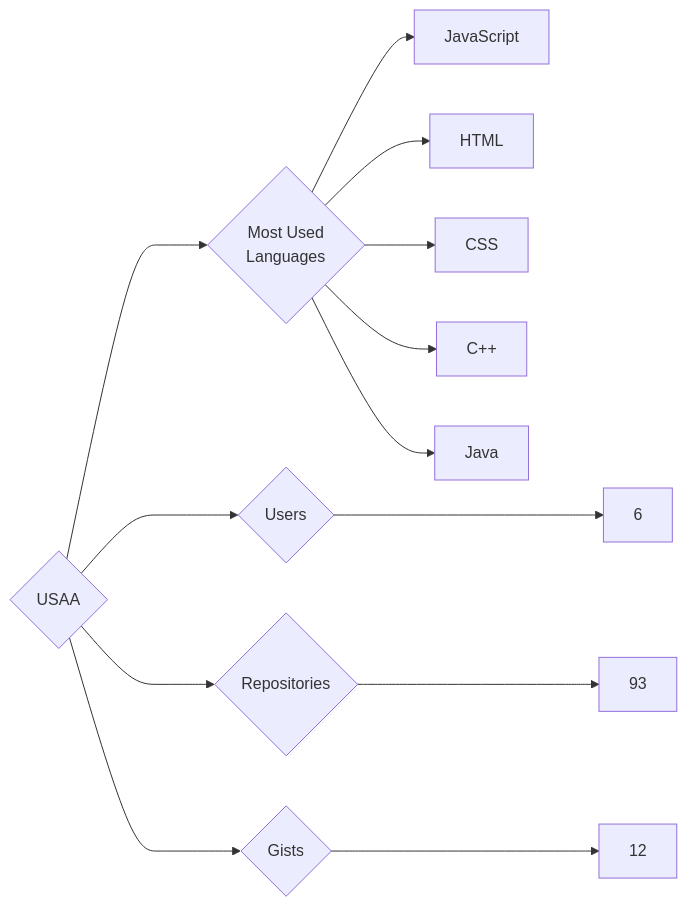
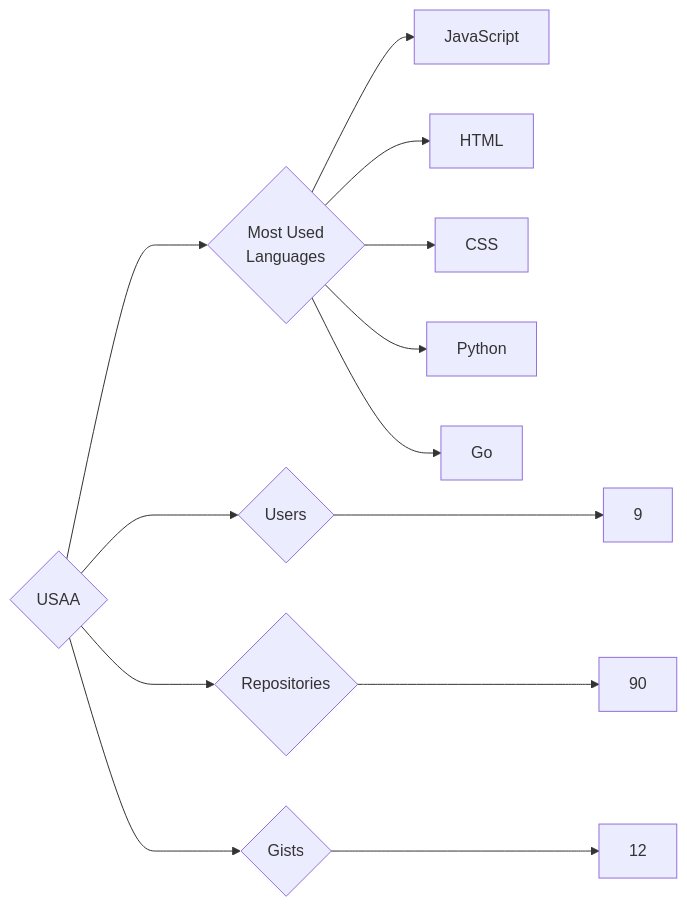
Before and after one commit to trickest/insiders: the diagram in targets/USAA/README.md, drawn with Mermaid. The commit also changed 1696 other files, not shown here.

````diff
--- a/targets/USAA/README.md
+++ b/targets/USAA/README.md
@@ -3,13 +3,13 @@
 ```mermaid
 graph LR
 COMPANY_NAME{USAA}
-COMPANY_NAME ---> U{Users} ---> UN[6]
-COMPANY_NAME ---> R{Repositories} ---> RN[93]
+COMPANY_NAME ---> U{Users} ---> UN[9]
+COMPANY_NAME ---> R{Repositories} ---> RN[90]
 COMPANY_NAME ---> G{Gists} ---> GN[12]
 COMPANY_NAME ---> ML{Most Used<br>Languages}
 ML --> JavaScript[JavaScript]
 ML --> HTML[HTML]
 ML --> CSS[CSS]
-ML --> C++[C++]
-ML --> Java[Java]
+ML --> Python[Python]
+ML --> Go[Go]
 ```
````
